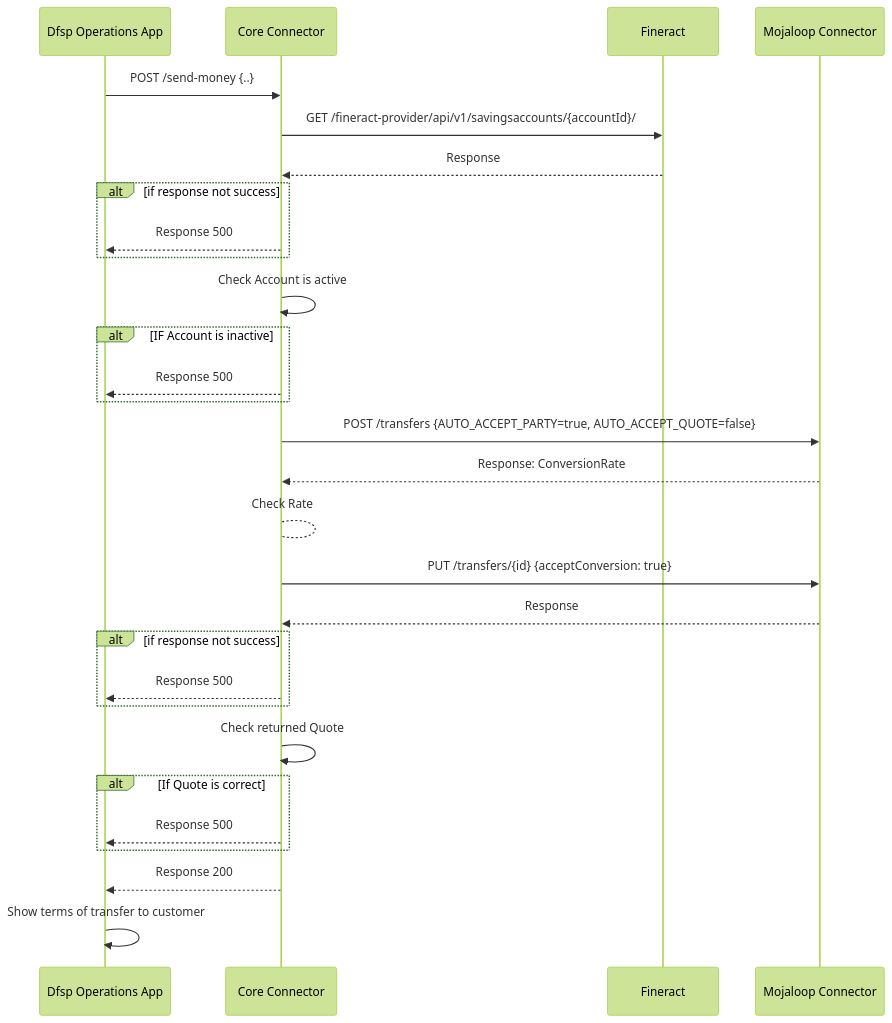
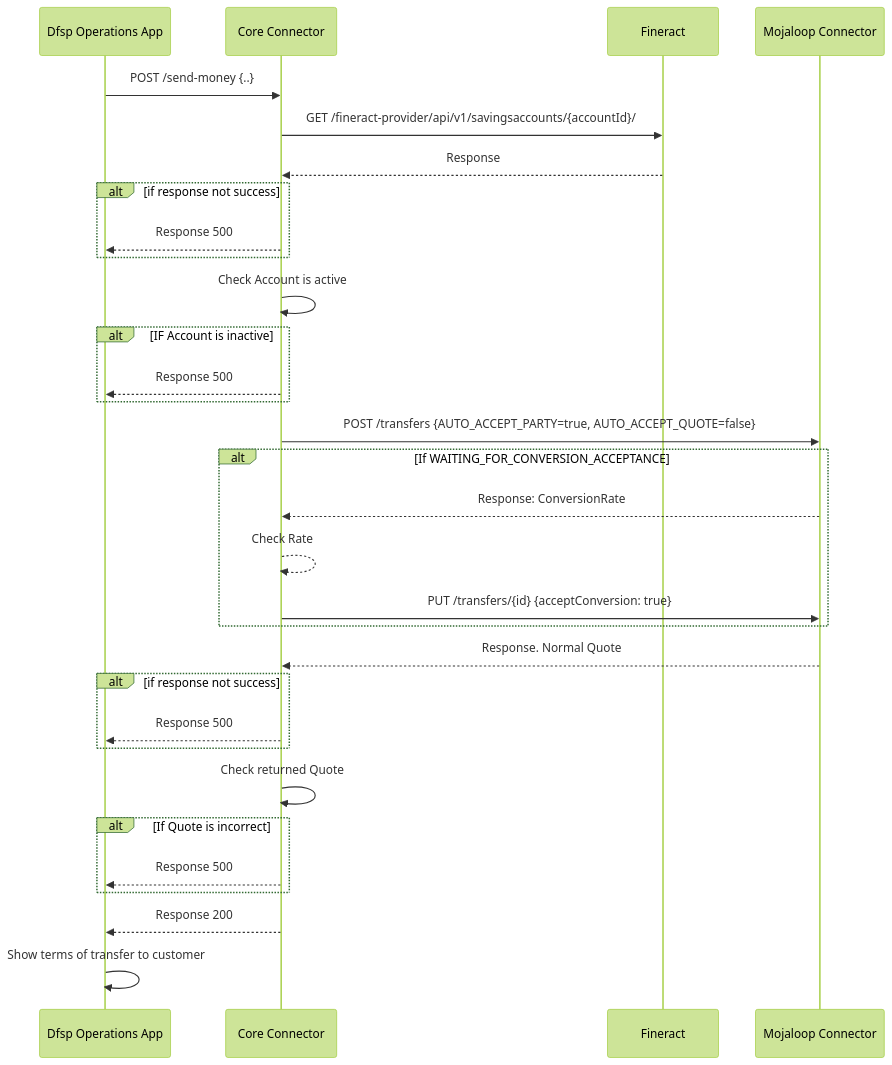
One commit to mojaloop/mifos-core-connector-docs changed the diagram in docs/PayerSendMoneyRequest.md. Above: the diagram before and after it, drawn with Mermaid (forest theme). The commit also changed 3 other files, not shown here.

Commit message:
chore: rename sdk to mojaloop connector and refine sequences

````diff
--- a/docs/PayerSendMoneyRequest.md
+++ b/docs/PayerSendMoneyRequest.md
@@ -5,28 +5,30 @@
 ```mermaid
 sequenceDiagram
     Dfsp Operations App->>Core Connector: POST /send-money {..}
     Core Connector->>Fineract: GET /fineract-provider/api/v1/savingsaccounts/{accountId}/
     Fineract-->>Core Connector: Response 
     Alt if response not success
     Core Connector -->> Dfsp Operations App: Response 500
     End
     Core Connector ->> Core Connector: Check Account is active
     Alt IF Account is inactive
     Core Connector -->> Dfsp Operations App: Response 500
     End
     Core Connector->> Mojaloop Connector: POST /transfers {AUTO_ACCEPT_PARTY=true, AUTO_ACCEPT_QUOTE=false}
+    Alt If WAITING_FOR_CONVERSION_ACCEPTANCE
     Mojaloop Connector -->> Core Connector: Response: ConversionRate
-    Core Connector --> Core Connector: Check Rate
+    Core Connector -->> Core Connector: Check Rate
     Core Connector ->> Mojaloop Connector: PUT /transfers/{id} {acceptConversion: true}
-    Mojaloop Connector -->> Core Connector: Response
+    End
+    Mojaloop Connector -->> Core Connector: Response. Normal Quote
     Alt if response not success
     Core Connector -->> Dfsp Operations App: Response 500
     End
     Core Connector ->> Core Connector: Check returned Quote
-    Alt If Quote is correct
+    Alt If Quote is incorrect
     Core Connector -->> Dfsp Operations App: Response 500
     End
     Core Connector -->> Dfsp Operations App: Response 200 
     Dfsp Operations App ->> Dfsp Operations App: Show terms of transfer to customer
     
 ```
````
